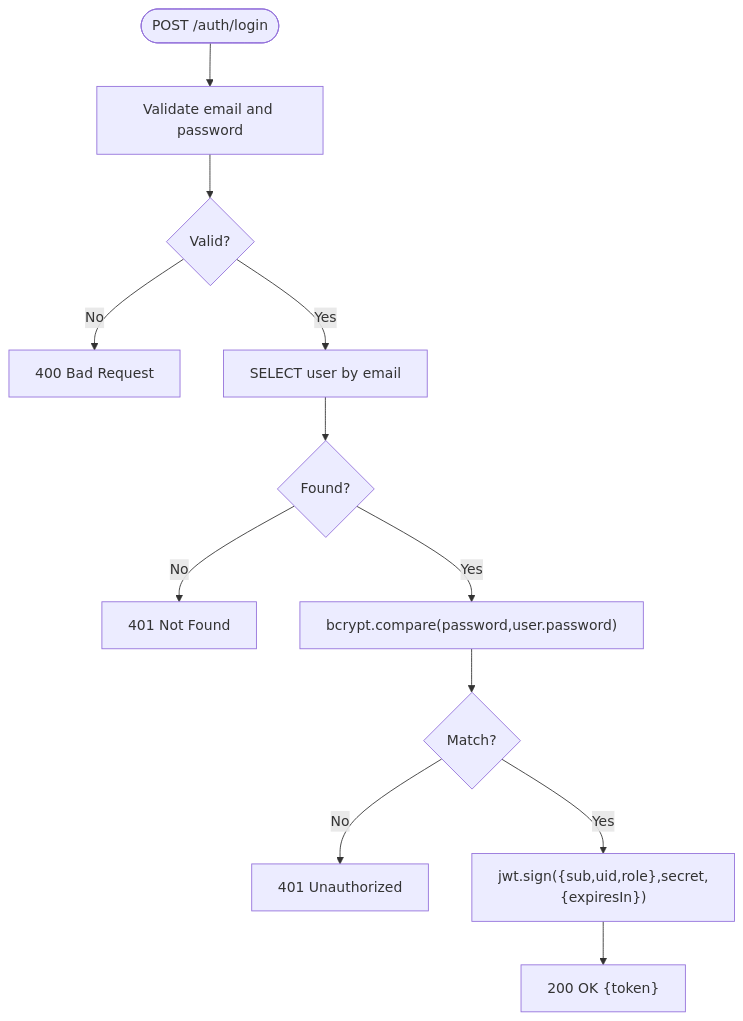
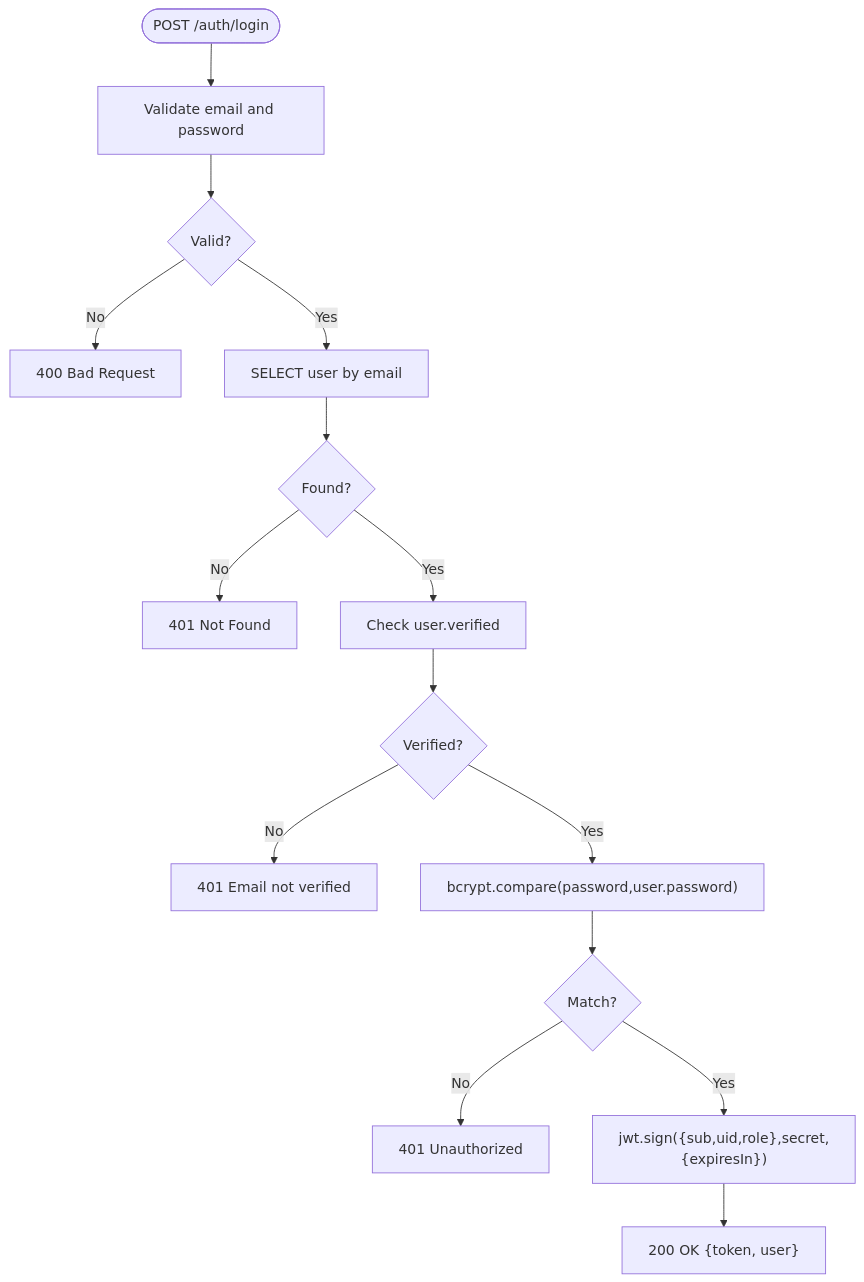
One commit to ikramhh/signvue-project changed the sixth of 14 diagrams in .qoder/repowiki/en/content/Authentication Service.md. Above: the diagram before and after it, drawn with Mermaid. The commit also changed other lines of this file and 4 other files, not shown here.

````diff
--- a/.qoder/repowiki/en/content/Authentication Service.md
+++ b/.qoder/repowiki/en/content/Authentication Service.md
@@ -180,14 +230,17 @@
 ```mermaid
 flowchart TD
 Start(["POST /auth/login"]) --> V["Validate email and password"]
 V --> VOK{"Valid?"}
 VOK --> |No| E400["400 Bad Request"]
 VOK --> |Yes| Q["SELECT user by email"]
 Q --> Found{"Found?"}
 Found --> |No| E401a["401 Not Found"]
-Found --> |Yes| Cmp["bcrypt.compare(password,user.password)"]
+Found --> |Yes| VerifyCheck["Check user.verified"]
+VerifyCheck --> Verified{"Verified?"}
+Verified --> |No| E401b["401 Email not verified"]
+Verified --> |Yes| Cmp["bcrypt.compare(password,user.password)"]
 Cmp --> Ok{"Match?"}
-Ok --> |No| E401b["401 Unauthorized"]
+Ok --> |No| E401c["401 Unauthorized"]
 Ok --> |Yes| Sign["jwt.sign({sub,uid,role},secret,{expiresIn})"]
-Sign --> R200["200 OK {token}"]
+Sign --> R200["200 OK {token, user}"]
 ```
````
